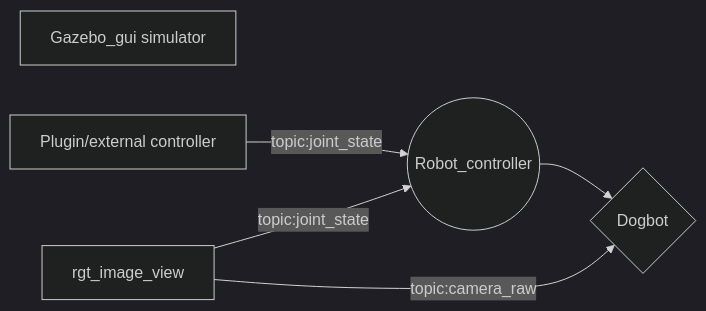
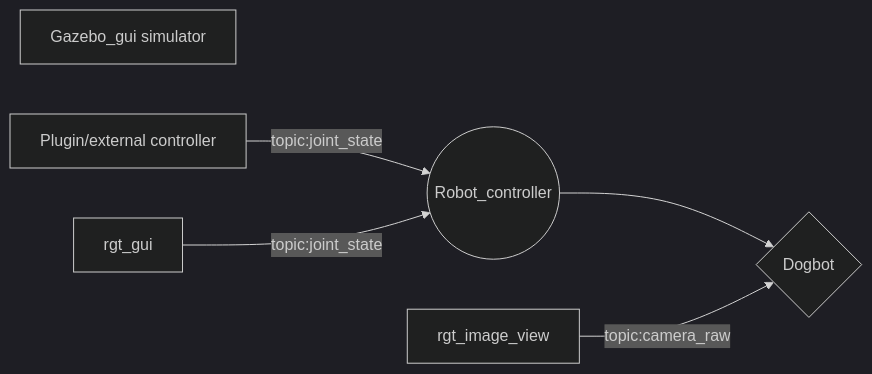
Before and after one commit to bsyh/dogbot_ros: the diagram in README.md, drawn with Mermaid (dark theme).

````diff
--- a/README.md
+++ b/README.md
@@ -41,7 +41,7 @@
 ```mermaid
 graph LR
 Z[Gazebo_gui simulator]
 X[Plugin/external controller] --  topic:joint_state --> B
-A[rgt_gui] -- topic:joint_state -->B((Robot_controller)) -->F{Dogbot}
+H[rgt_gui] -- topic:joint_state -->B((Robot_controller)) -->F{Dogbot}
 A[rgt_image_view] -- topic:camera_raw --> F
 ```
````
